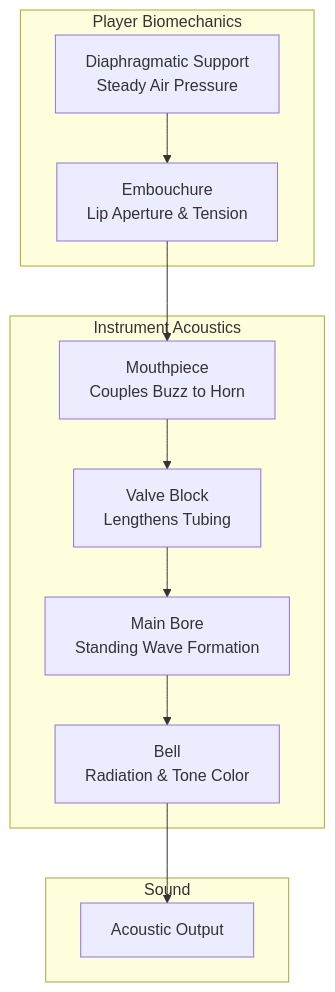
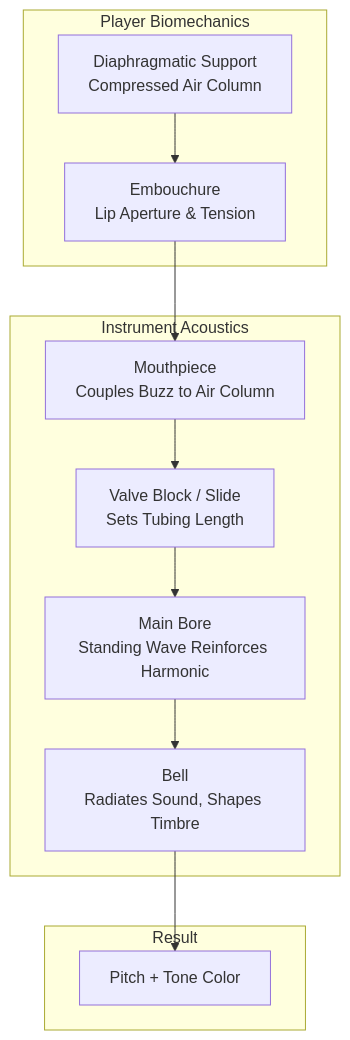
One commit to blebleblee/synapse changed the first of 3 diagrams in topics/arts/music_performance/brass/lesson_04_performance_practices.md. Above: the diagram before and after it, drawn with Mermaid. The commit also changed other lines of this file and 4 other files, not shown here.

````diff
--- a/topics/arts/music_performance/brass/lesson_04_performance_practices.md
+++ b/topics/arts/music_performance/brass/lesson_04_performance_practices.md
@@ -15,15 +19,15 @@
 ```mermaid
 graph TB
     subgraph sub_player ["Player Biomechanics"]
-        A["Diaphragmatic Support<br/>Steady Air Pressure"] --> B["Embouchure<br/>Lip Aperture & Tension"]
+        A["Diaphragmatic Support<br/>Compressed Air Column"] --> B["Embouchure<br/>Lip Aperture & Tension"]
     end
     subgraph sub_horn ["Instrument Acoustics"]
-        B --> C["Mouthpiece<br/>Couples Buzz to Horn"]
-        C --> D["Valve Block<br/>Lengthens Tubing"]
-        D --> E["Main Bore<br/>Standing Wave Formation"]
-        E --> F["Bell<br/>Radiation & Tone Color"]
+        B --> C["Mouthpiece<br/>Couples Buzz to Air Column"]
+        C --> D["Valve Block / Slide<br/>Sets Tubing Length"]
+        D --> E["Main Bore<br/>Standing Wave Reinforces Harmonic"]
+        E --> F["Bell<br/>Radiates Sound, Shapes Timbre"]
     end
-    subgraph sub_output ["Sound"]
-        F --> G["Acoustic Output"]
+    subgraph sub_output ["Result"]
+        F --> G["Pitch + Tone Color"]
     end
 ```
````
